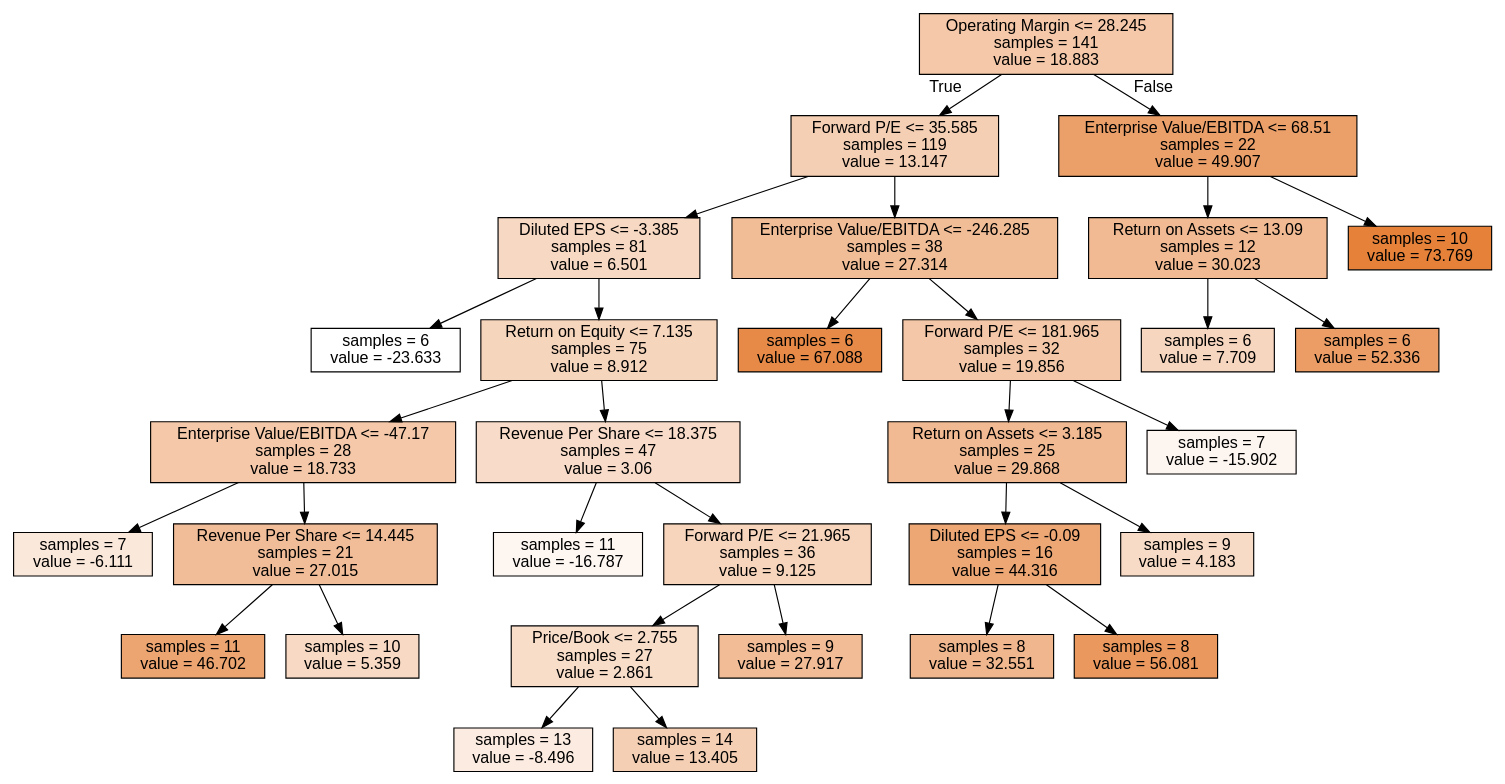
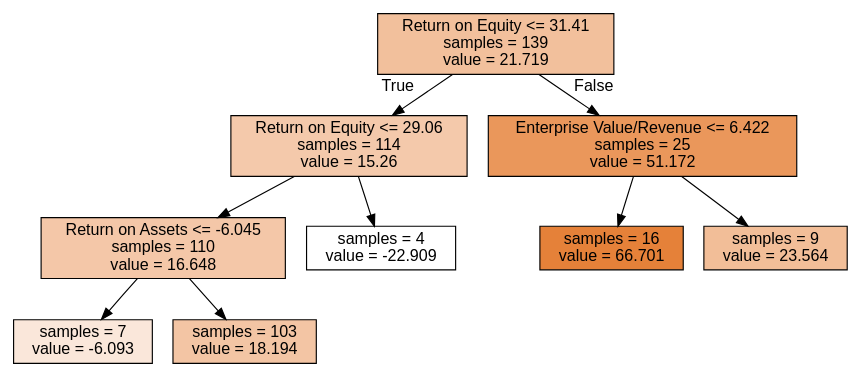
The diagram in StockPitch/tree.dot (KobAmoah/Value-Investing-Stock-Screener), drawn with Graphviz before and after one commit. The commit also changed 10 other files, not shown here.

```diff
--- a/StockPitch/tree.dot
+++ b/StockPitch/tree.dot
@@ -1,65 +1,21 @@
 digraph Tree {
 node [shape=box, style="filled", color="black", fontname="helvetica"] ;
 edge [fontname="helvetica"] ;
-0 [label="Operating Margin <= 28.245\nsamples = 141\nvalue = 18.883", fillcolor="#f4c8a9"] ;
-1 [label="Forward P/E <= 35.585\nsamples = 119\nvalue = 13.147", fillcolor="#f5cfb4"] ;
+0 [label="Return on Equity <= 31.41\nsamples = 139\nvalue = 21.719", fillcolor="#f2c09c"] ;
+1 [label="Return on Equity <= 29.06\nsamples = 114\nvalue = 15.26", fillcolor="#f4c9ab"] ;
 0 -> 1 [labeldistance=2.5, labelangle=45, headlabel="True"] ;
-2 [label="Diluted EPS <= -3.385\nsamples = 81\nvalue = 6.501", fillcolor="#f7d8c2"] ;
+2 [label="Return on Assets <= -6.045\nsamples = 110\nvalue = 16.648", fillcolor="#f4c7a8"] ;
 1 -> 2 ;
-3 [label="samples = 6\nvalue = -23.633", fillcolor="#ffffff"] ;
+3 [label="samples = 7\nvalue = -6.093", fillcolor="#fae7da"] ;
 2 -> 3 ;
-4 [label="Return on Equity <= 7.135\nsamples = 75\nvalue = 8.912", fillcolor="#f6d5bd"] ;
+4 [label="samples = 103\nvalue = 18.194", fillcolor="#f3c5a4"] ;
 2 -> 4 ;
-5 [label="Enterprise Value/EBITDA <= -47.17\nsamples = 28\nvalue = 18.733", fillcolor="#f4c8a9"] ;
-4 -> 5 ;
-6 [label="samples = 7\nvalue = -6.111", fillcolor="#fae8db"] ;
-5 -> 6 ;
-7 [label="Revenue Per Share <= 14.445\nsamples = 21\nvalue = 27.015", fillcolor="#f1bd98"] ;
-5 -> 7 ;
-8 [label="samples = 11\nvalue = 46.702", fillcolor="#eca470"] ;
-7 -> 8 ;
-9 [label="samples = 10\nvalue = 5.359", fillcolor="#f7d9c4"] ;
-7 -> 9 ;
-10 [label="Revenue Per Share <= 18.375\nsamples = 47\nvalue = 3.06", fillcolor="#f8dcc9"] ;
-4 -> 10 ;
-11 [label="samples = 11\nvalue = -16.787", fillcolor="#fdf6f1"] ;
-10 -> 11 ;
-12 [label="Forward P/E <= 21.965\nsamples = 36\nvalue = 9.125", fillcolor="#f6d5bc"] ;
-10 -> 12 ;
-13 [label="Price/Book <= 2.755\nsamples = 27\nvalue = 2.861", fillcolor="#f8ddc9"] ;
-12 -> 13 ;
-14 [label="samples = 13\nvalue = -8.496", fillcolor="#fbebe0"] ;
-13 -> 14 ;
-15 [label="samples = 14\nvalue = 13.405", fillcolor="#f5cfb4"] ;
-13 -> 15 ;
-16 [label="samples = 9\nvalue = 27.917", fillcolor="#f1bc96"] ;
-12 -> 16 ;
-17 [label="Enterprise Value/EBITDA <= -246.285\nsamples = 38\nvalue = 27.314", fillcolor="#f1bd97"] ;
-1 -> 17 ;
-18 [label="samples = 6\nvalue = 67.088", fillcolor="#e78a47"] ;
-17 -> 18 ;
-19 [label="Forward P/E <= 181.965\nsamples = 32\nvalue = 19.856", fillcolor="#f3c7a7"] ;
-17 -> 19 ;
-20 [label="Return on Assets <= 3.185\nsamples = 25\nvalue = 29.868", fillcolor="#f1ba92"] ;
-19 -> 20 ;
-21 [label="Diluted EPS <= -0.09\nsamples = 16\nvalue = 44.316", fillcolor="#eda775"] ;
-20 -> 21 ;
-22 [label="samples = 8\nvalue = 32.551", fillcolor="#f0b68d"] ;
-21 -> 22 ;
-23 [label="samples = 8\nvalue = 56.081", fillcolor="#ea985d"] ;
-21 -> 23 ;
-24 [label="samples = 9\nvalue = 4.183", fillcolor="#f8dbc6"] ;
-20 -> 24 ;
-25 [label="samples = 7\nvalue = -15.902", fillcolor="#fdf5ef"] ;
-19 -> 25 ;
-26 [label="Enterprise Value/EBITDA <= 68.51\nsamples = 22\nvalue = 49.907", fillcolor="#eba06a"] ;
-0 -> 26 [labeldistance=2.5, labelangle=-45, headlabel="False"] ;
-27 [label="Return on Assets <= 13.09\nsamples = 12\nvalue = 30.023", fillcolor="#f1ba92"] ;
-26 -> 27 ;
-28 [label="samples = 6\nvalue = 7.709", fillcolor="#f7d6bf"] ;
-27 -> 28 ;
-29 [label="samples = 6\nvalue = 52.336", fillcolor="#eb9d65"] ;
-27 -> 29 ;
-30 [label="samples = 10\nvalue = 73.769", fillcolor="#e58139"] ;
-26 -> 30 ;
+5 [label="samples = 4\nvalue = -22.909", fillcolor="#ffffff"] ;
+1 -> 5 ;
+6 [label="Enterprise Value/Revenue <= 6.422\nsamples = 25\nvalue = 51.172", fillcolor="#ea975b"] ;
+0 -> 6 [labeldistance=2.5, labelangle=-45, headlabel="False"] ;
+7 [label="samples = 16\nvalue = 66.701", fillcolor="#e58139"] ;
+6 -> 7 ;
+8 [label="samples = 9\nvalue = 23.564", fillcolor="#f2be98"] ;
+6 -> 8 ;
 }
```
